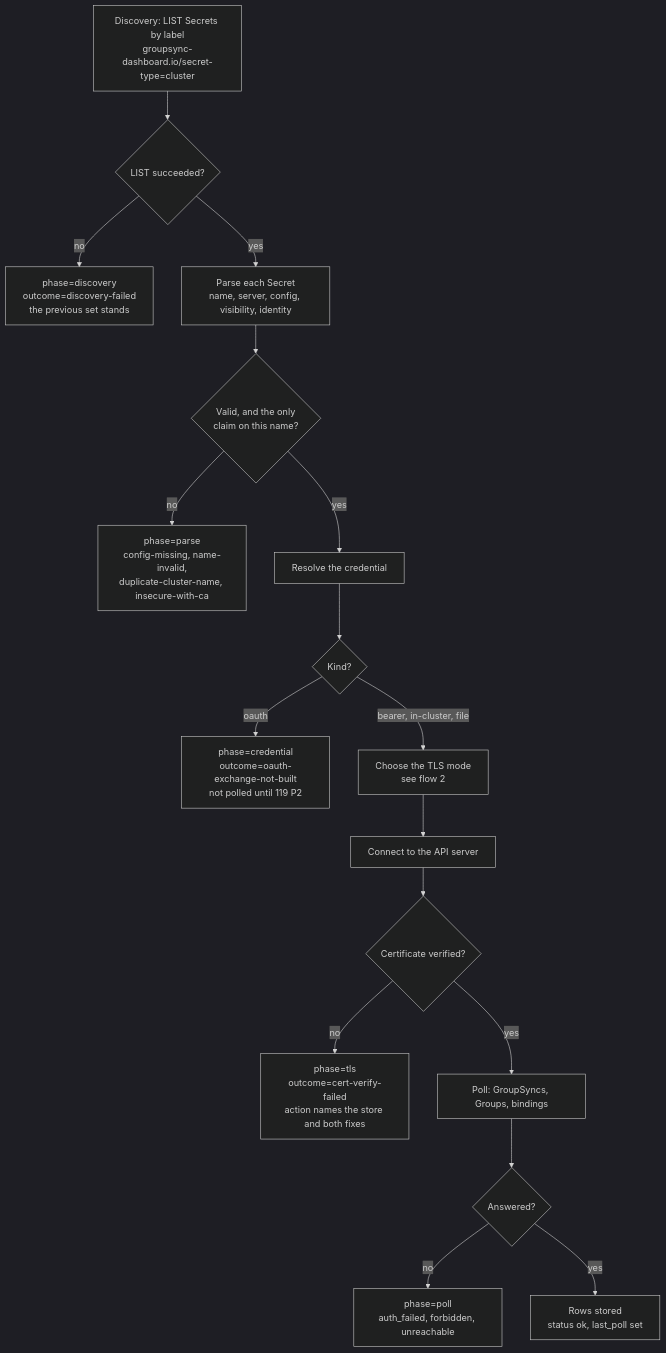
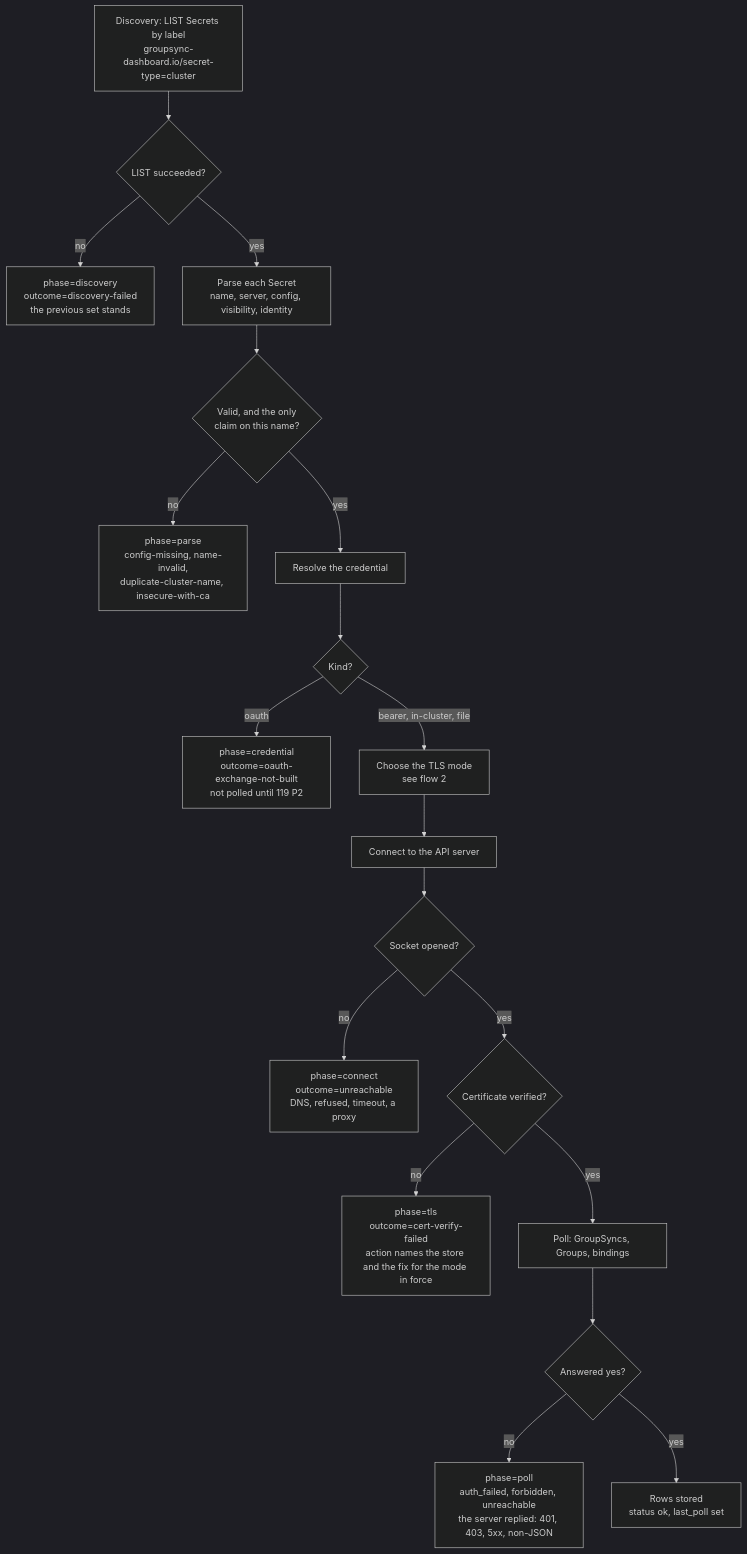
Before and after one commit to ephico2real2/group-sync-dashboard: the first of 4 diagrams in docs/DESIGN_cluster_connection_flows.md, drawn with Mermaid (dark theme). The commit also changed other lines of this file and 13 other files, not shown here.

````diff
--- a/docs/DESIGN_cluster_connection_flows.md
+++ b/docs/DESIGN_cluster_connection_flows.md
@@ -25,19 +25,21 @@
 ```mermaid
 flowchart TD
     A["Discovery: LIST Secrets by label<br/>groupsync-dashboard.io/secret-type=cluster"] --> B{"LIST succeeded?"}
     B -- "no" --> BF["phase=discovery<br/>outcome=discovery-failed<br/>the previous set stands"]
     B -- "yes" --> C["Parse each Secret<br/>name, server, config, visibility, identity"]
     C --> D{"Valid, and the only<br/>claim on this name?"}
     D -- "no" --> DF["phase=parse<br/>config-missing, name-invalid,<br/>duplicate-cluster-name, insecure-with-ca"]
     D -- "yes" --> E["Resolve the credential"]
     E --> F{"Kind?"}
     F -- "oauth" --> FF["phase=credential<br/>outcome=oauth-exchange-not-built<br/>not polled until 119 P2"]
     F -- "bearer, in-cluster, file" --> G["Choose the TLS mode<br/>see flow 2"]
     G --> H["Connect to the API server"]
-    H --> I{"Certificate verified?"}
-    I -- "no" --> IF["phase=tls<br/>outcome=cert-verify-failed<br/>action names the store and both fixes"]
+    H --> H2{"Socket opened?"}
+    H2 -- "no" --> HF["phase=connect<br/>outcome=unreachable<br/>DNS, refused, timeout, a proxy"]
+    H2 -- "yes" --> I{"Certificate verified?"}
+    I -- "no" --> IF["phase=tls<br/>outcome=cert-verify-failed<br/>action names the store and the fix for the mode in force"]
     I -- "yes" --> J["Poll: GroupSyncs, Groups, bindings"]
-    J --> K{"Answered?"}
-    K -- "no" --> KF["phase=poll<br/>auth_failed, forbidden, unreachable"]
+    J --> K{"Answered yes?"}
+    K -- "no" --> KF["phase=poll<br/>auth_failed, forbidden, unreachable<br/>the server replied: 401, 403, 5xx, non-JSON"]
     K -- "yes" --> L["Rows stored<br/>status ok, last_poll set"]
 ```
````
